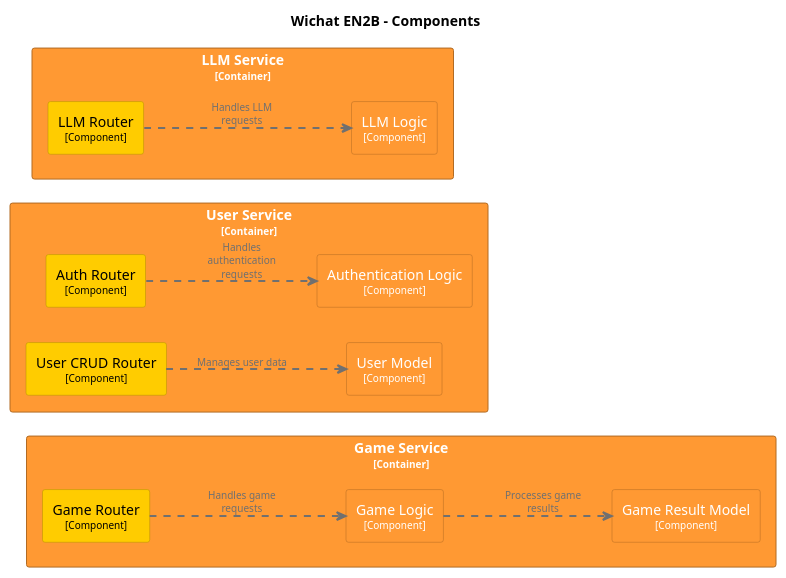
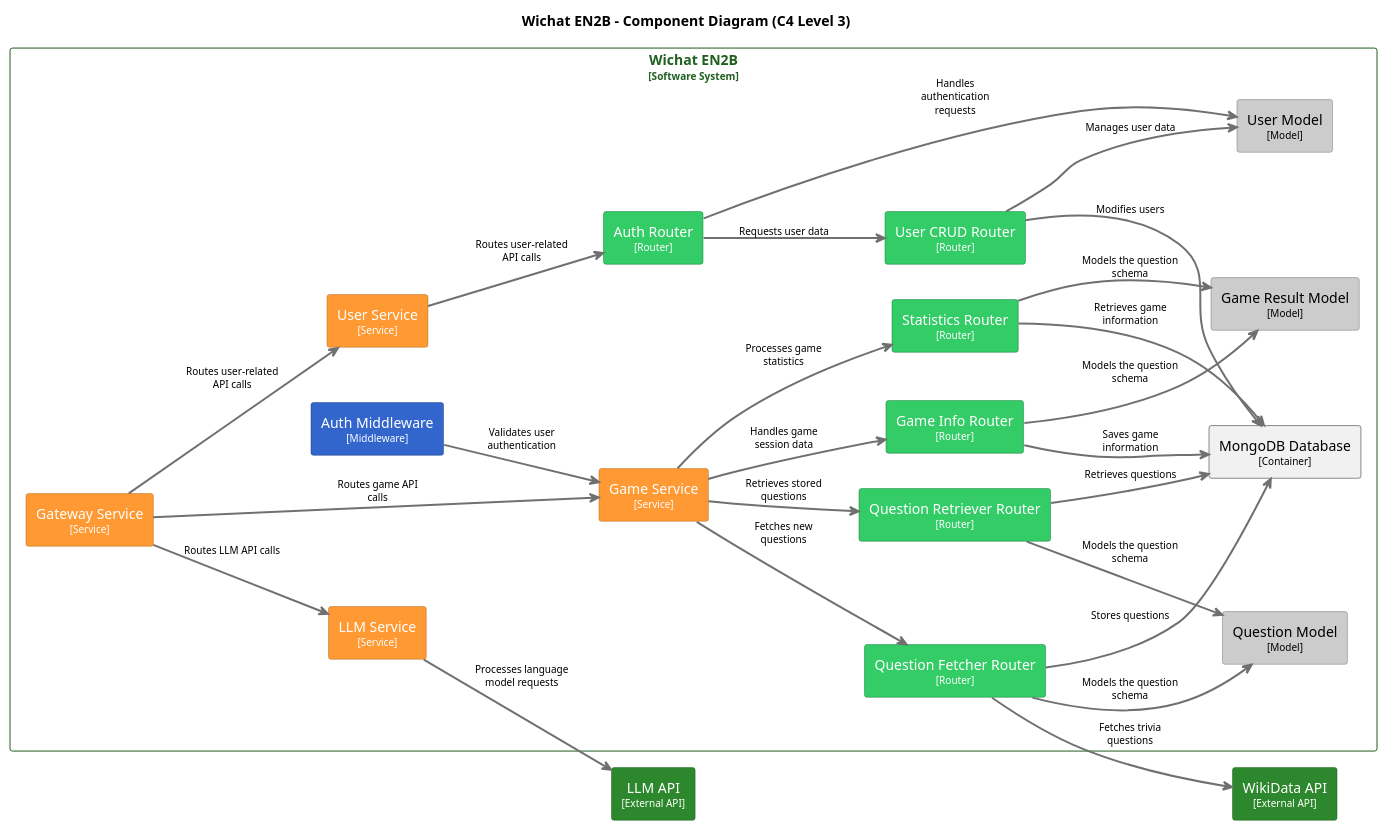
One commit to Arquisoft/wichat_en2b changed the third of 3 diagrams in docs/src/05_building_block_view.adoc. Above: the diagram before and after it, drawn with PlantUML. The commit also changed other lines of this file and 1 other file, not shown here.

Commit message:
#137 - Refactor RouterQuestionRetriever to use toSorted for generating fake answers

```diff
--- a/docs/src/05_building_block_view.adoc
+++ b/docs/src/05_building_block_view.adoc
@@ -277,7 +265,7 @@
 ----
 @startuml
 set separator none
-title Wichat EN2B - Components
+title Wichat EN2B - Component Diagram (C4 Level 3)
 
 left to right direction
 
@@ -290,49 +278,135 @@
 
 hide stereotype
 
-skinparam rectangle<<Router>> {
-  BackgroundColor #ffcc00
-  FontColor #000000
-  BorderColor #b28f00
-  shadowing false
-}
-skinparam rectangle<<Service>> {
+' ======== Estilos personalizados =========
+' Servicios principales
+skinparam rectangle<<WichatEN2B.GameService>> {
   BackgroundColor #ff9933
   FontColor #ffffff
   BorderColor #b26b23
-  shadowing false
 }
-skinparam rectangle<<Database>> {
+skinparam rectangle<<WichatEN2B.GatewayService>> {
+  BackgroundColor #ff9933
+  FontColor #ffffff
+  BorderColor #b26b23
+}
+skinparam rectangle<<WichatEN2B.LLMService>> {
+  BackgroundColor #ff9933
+  FontColor #ffffff
+  BorderColor #b26b23
+}
+skinparam rectangle<<WichatEN2B.UserService>> {
+  BackgroundColor #ff9933
+  FontColor #ffffff
+  BorderColor #b26b23
+}
+
+' Middleware (Azul)
+skinparam rectangle<<Middleware>> {
+  BackgroundColor #3366cc
+  FontColor #ffffff
+  BorderColor #1a3d7a
+}
+
+' Routers (Verde)
+skinparam rectangle<<Router>> {
+  BackgroundColor #33cc66
+  FontColor #ffffff
+  BorderColor #1a7a3d
+}
+
+' Modelos (Gris)
+skinparam rectangle<<Model>> {
+  BackgroundColor #cccccc
+  FontColor #000000
+  BorderColor #777777
+}
+
+' APIs externas
+skinparam rectangle<<LLM>> {
+  BackgroundColor #2d882d
+  FontColor #ffffff
+  BorderColor #1f5f1f
+}
+skinparam rectangle<<WikiData>> {
+  BackgroundColor #2d882d
+  FontColor #ffffff
+  BorderColor #1f5f1f
+}
+
+' Database
+skinparam database<<WichatEN2B.MongoDBDatabase>> {
   BackgroundColor #ff9933
   FontColor #ffffff
   BorderColor #b26b23
   shadowing false
 }
 
-rectangle "Game Service\n<size:10>[Container]</size>" <<Service>> {
-  rectangle "Game Router\n<size:10>[Component]</size>" <<Router>> as GameRouter
-  rectangle "Game Logic\n<size:10>[Component]</size>" <<Service>> as GameLogic
-  rectangle "Game Result Model\n<size:10>[Component]</size>" <<Service>> as GameResultModel
+' Main container
+skinparam rectangle<<WichatEN2B>> {
+  BorderColor #1f5f1f
+  FontColor #1f5f1f
+  shadowing false
 }
 
-rectangle "User Service\n<size:10>[Container]</size>" <<Service>> {
-  rectangle "Auth Router\n<size:10>[Component]</size>" <<Router>> as AuthRouter
-  rectangle "User CRUD Router\n<size:10>[Component]</size>" <<Router>> as UserCRUDRouter
-  rectangle "Authentication Logic\n<size:10>[Component]</size>" <<Service>> as AuthLogic
-  rectangle "User Model\n<size:10>[Component]</size>" <<Service>> as UserModel
+rectangle "Wichat EN2B\n<size:10>[Software System]</size>" <<WichatEN2B>> {
+  ' ======== Services =========
+  rectangle "Gateway Service\n<size:10>[Service]</size>" <<WichatEN2B.GatewayService>> as GatewayServer
+  rectangle "Game Service\n<size:10>[Service]</size>" <<WichatEN2B.GameService>> as GameServer
+  rectangle "User Service\n<size:10>[Service]</size>" <<WichatEN2B.UserService>> as UserServer
+  rectangle "LLM Service\n<size:10>[Service]</size>" <<WichatEN2B.LLMService>> as LLMServer
+
+  ' ======== Routers =========
+  rectangle "Question Fetcher Router\n<size:10>[Router]</size>" <<Router>> as QuestionFetcherRouter
+  rectangle "Question Retriever Router\n<size:10>[Router]</size>" <<Router>> as QuestionRetrieverRouter
+  rectangle "Game Info Router\n<size:10>[Router]</size>" <<Router>> as GameInfoRouter
+  rectangle "Statistics Router\n<size:10>[Router]</size>" <<Router>> as StatisticsRouter
+  rectangle "Auth Router\n<size:10>[Router]</size>" <<Router>> as AuthRouter
+  rectangle "User CRUD Router\n<size:10>[Router]</size>" <<Router>> as UserCrudRouter
+
+  ' ======== Middleware =========
+  rectangle "Auth Middleware\n<size:10>[Middleware]</size>" <<Middleware>> as AuthMiddleware
+
+  ' ======== Models =========
+  rectangle "Question Model\n<size:10>[Model]</size>" <<Model>> as QuestionModel
+  rectangle "Game Result Model\n<size:10>[Model]</size>" <<Model>> as GameResultModel
+  rectangle "User Model\n<size:10>[Model]</size>" <<Model>> as UserModel
+
+  ' ======== Database ========
+  rectangle "MongoDB Database\n<size:10>[Container]</size>" <<WichatEN2B.MongoDBDatabase>> as MongoDBDatabase
 }
 
-rectangle "LLM Service\n<size:10>[Container]</size>" <<Service>> {
-  rectangle "LLM Router\n<size:10>[Component]</size>" <<Router>> as LLMRouter
-  rectangle "LLM Logic\n<size:10>[Component]</size>" <<Service>> as LLMLogic
-}
+' ======== APIs =========
+rectangle "WikiData API\n<size:10>[External API]</size>" <<WikiData>> as WikiDataAPI
+rectangle "LLM API\n<size:10>[External API]</size>" <<LLM>> as LLMAPI
 
-GameRouter .[#707070,thickness=2].> GameLogic : "<color:#707070>Handles game requests"
-GameLogic .[#707070,thickness=2].> GameResultModel : "<color:#707070>Processes game results"
+' ======== Relations =========
+GatewayServer -[#707070,thickness=2]-> GameServer : "Routes game API calls"
+GatewayServer -[#707070,thickness=2]-> UserServer : "Routes user-related API calls"
+GatewayServer -[#707070,thickness=2]-> LLMServer : "Routes LLM API calls"
 
-AuthRouter .[#707070,thickness=2].> AuthLogic : "<color:#707070>Handles authentication requests"
-UserCRUDRouter .[#707070,thickness=2].> UserModel : "<color:#707070>Manages user data"
+UserServer -[#707070,thickness=2]-> AuthRouter : "Routes user-related API calls"
+AuthRouter -[#707070,thickness=2]-> UserCrudRouter : "Requests user data"
+AuthRouter -[#707070,thickness=2]-> UserModel : "Handles authentication requests"
+UserCrudRouter -[#707070,thickness=2]-> UserModel : "Manages user data"
+UserCrudRouter -[#707070,thickness=2]-> MongoDBDatabase : "Modifies users"
 
-LLMRouter .[#707070,thickness=2].> LLMLogic : "<color:#707070>Handles LLM requests"
+LLMServer -[#707070,thickness=2]-> LLMAPI : "Processes language model requests"
+
+AuthMiddleware -[#707070,thickness=2]-> GameServer : "Validates user authentication"
+GameServer -[#707070,thickness=2]-> QuestionFetcherRouter : "Fetches new questions"
+GameServer -[#707070,thickness=2]-> QuestionRetrieverRouter : "Retrieves stored questions"
+GameServer -[#707070,thickness=2]-> GameInfoRouter : "Handles game session data"
+GameServer -[#707070,thickness=2]-> StatisticsRouter : "Processes game statistics"
+QuestionFetcherRouter -[#707070,thickness=2]-> QuestionModel : "Models the question schema"
+QuestionRetrieverRouter -[#707070,thickness=2]-> QuestionModel : "Models the question schema"
+GameInfoRouter -[#707070,thickness=2]-> GameResultModel : "Models the question schema"
+StatisticsRouter -[#707070,thickness=2]-> GameResultModel : "Models the question schema"
+GameInfoRouter -[#707070,thickness=2]-> MongoDBDatabase : "Saves game information"
+StatisticsRouter -[#707070,thickness=2]-> MongoDBDatabase : "Retrieves game information"
+QuestionFetcherRouter -[#707070,thickness=2]-> MongoDBDatabase : "Stores questions"
+QuestionRetrieverRouter -[#707070,thickness=2]-> MongoDBDatabase : "Retrieves questions"
+QuestionFetcherRouter -[#707070,thickness=2]-> WikiDataAPI : "Fetches trivia questions"
+
 @enduml
 ----
```
